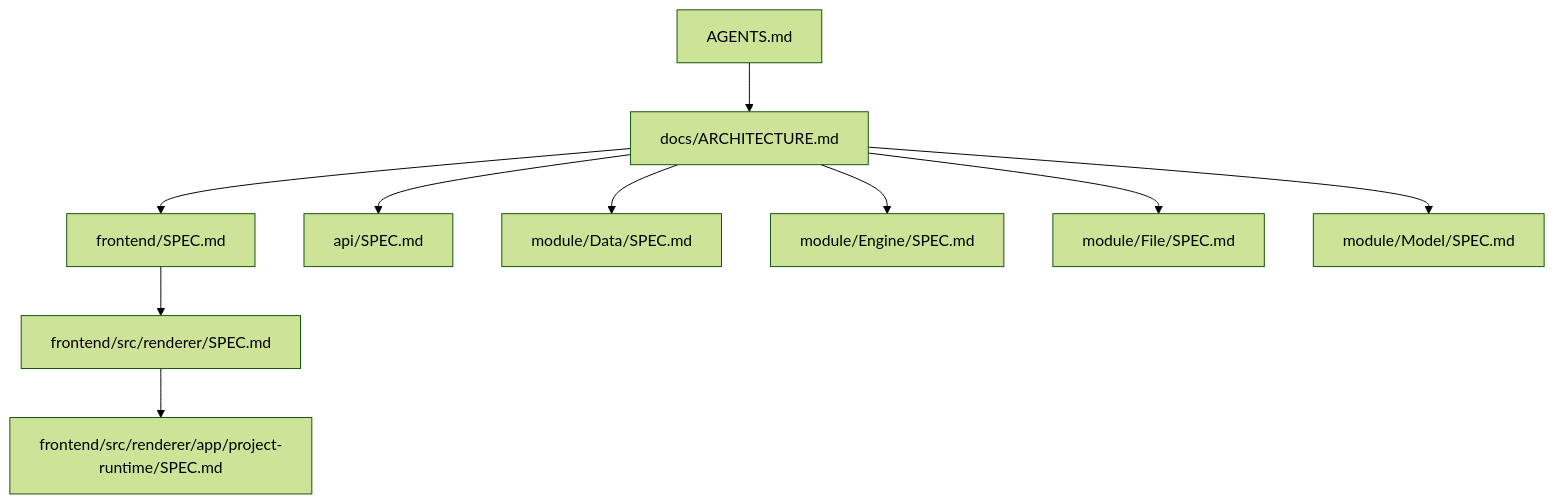
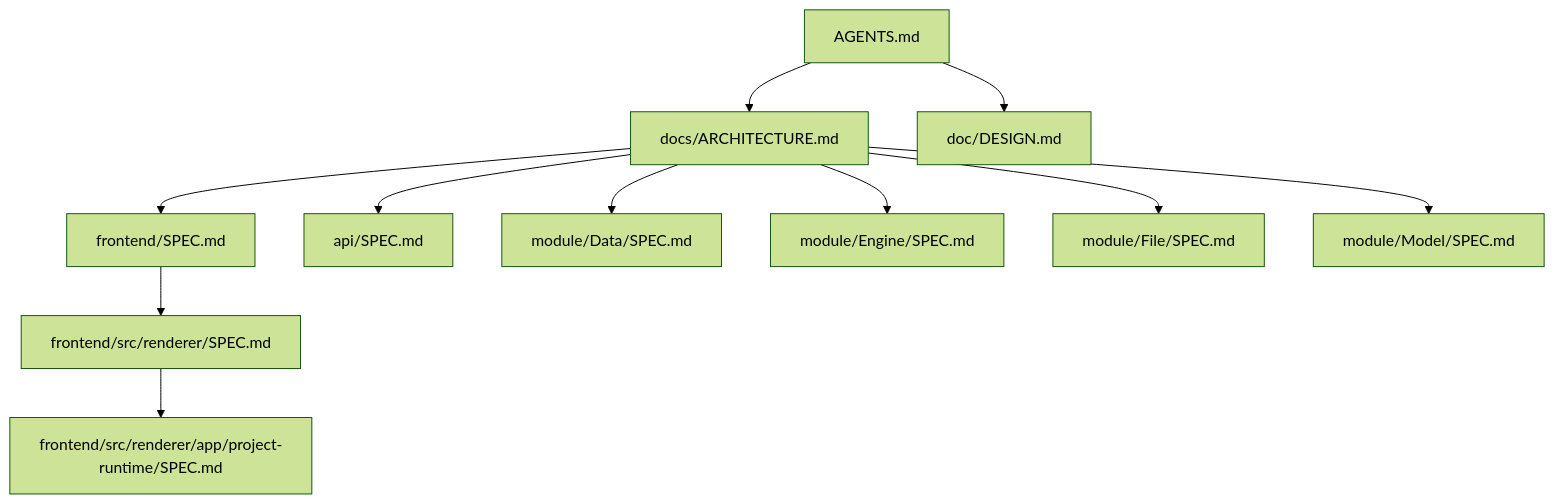
The second of 3 diagrams in docs/ARCHITECTURE.md (neavo/LinguaGacha), drawn with Mermaid (forest theme) before and after one commit. The commit also changed other lines of this file and 68 other files, not shown here.

````diff
--- a/docs/ARCHITECTURE.md
+++ b/docs/ARCHITECTURE.md
@@ -20,12 +20,13 @@
 ```mermaid
 flowchart TD
     A["AGENTS.md"] --> B["docs/ARCHITECTURE.md"]
+    A --> K["doc/DESIGN.md"]
     B --> C["frontend/SPEC.md"]
     C --> D["frontend/src/renderer/SPEC.md"]
     D --> E["frontend/src/renderer/app/project-runtime/SPEC.md"]
     B --> F["api/SPEC.md"]
     B --> G["module/Data/SPEC.md"]
     B --> H["module/Engine/SPEC.md"]
     B --> I["module/File/SPEC.md"]
     B --> J["module/Model/SPEC.md"]
 ```
````
